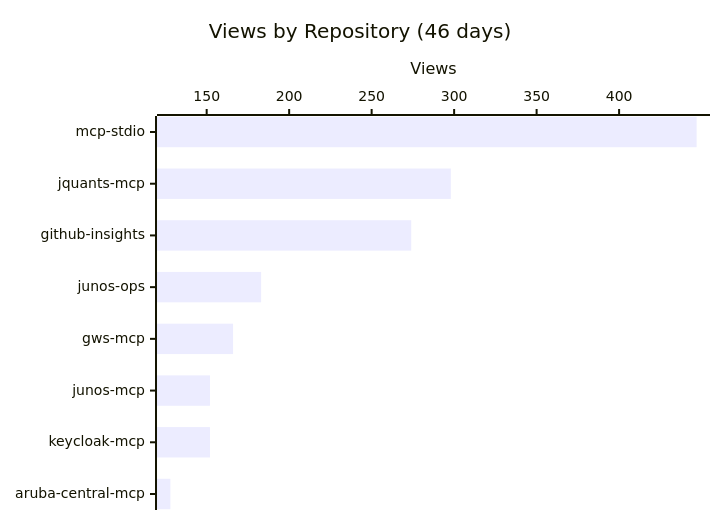
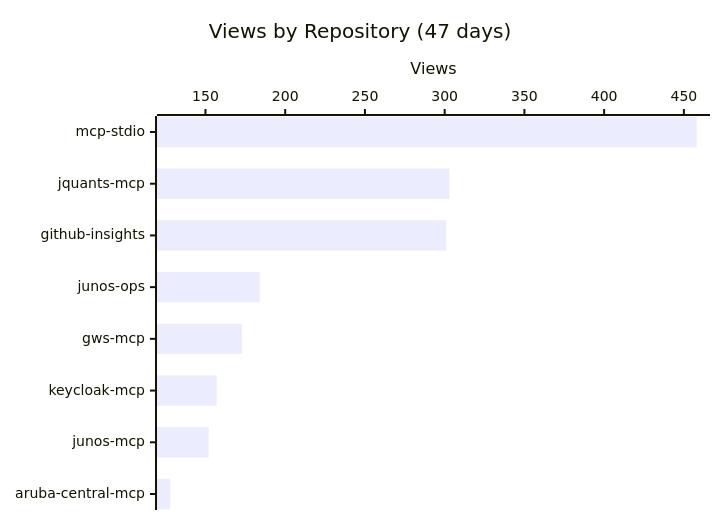
The first of 3 diagrams in README.md (shigechika/github-insights), drawn with Mermaid before and after one commit. The commit also changed other lines of this file and 2 other files, not shown here.

````diff
--- a/README.md
+++ b/README.md
@@ -18,7 +18,7 @@
 ```mermaid
 xychart-beta horizontal
-    title "Views by Repository (46 days)"
-    x-axis ["mcp-stdio", "jquants-mcp", "github-insights", "junos-ops", "gws-mcp", "junos-mcp", "keycloak-mcp", "aruba-central-mcp"]
+    title "Views by Repository (47 days)"
+    x-axis ["mcp-stdio", "jquants-mcp", "github-insights", "junos-ops", "gws-mcp", "keycloak-mcp", "junos-mcp", "aruba-central-mcp"]
     y-axis "Views"
-    bar [447, 298, 274, 183, 166, 152, 152, 128]
+    bar [458, 303, 301, 184, 173, 157, 152, 128]
 ```
````
